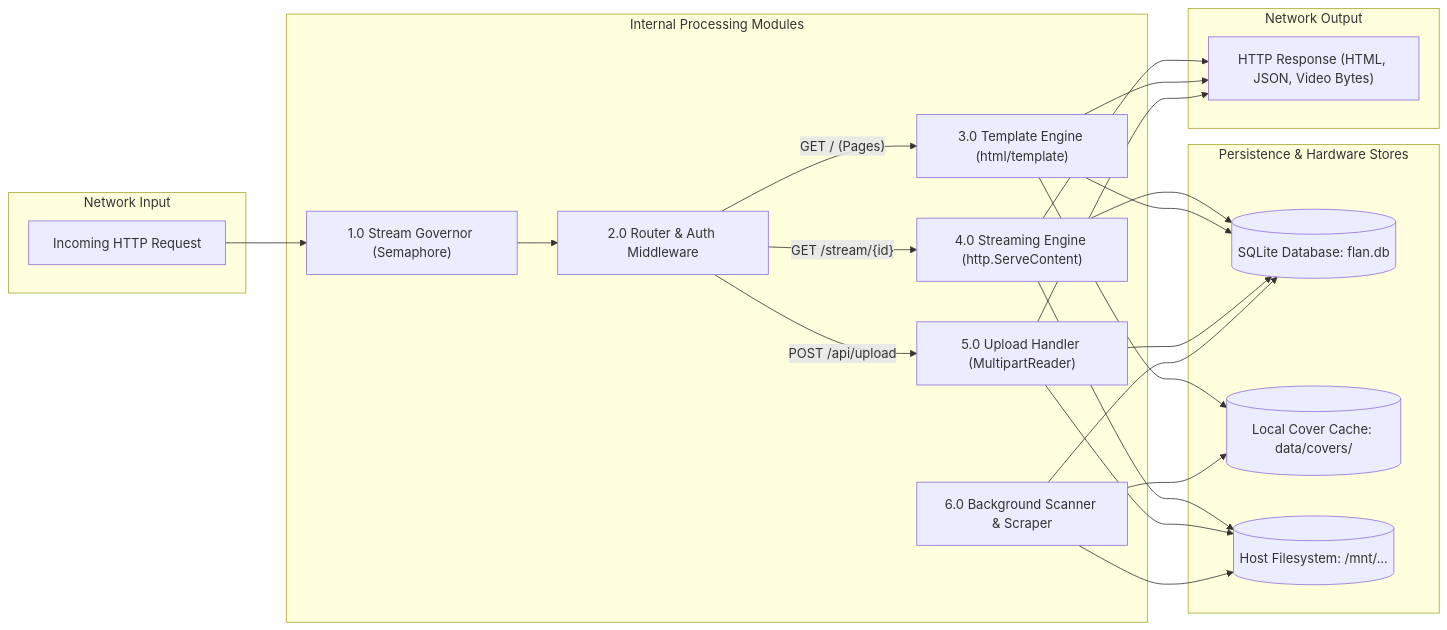
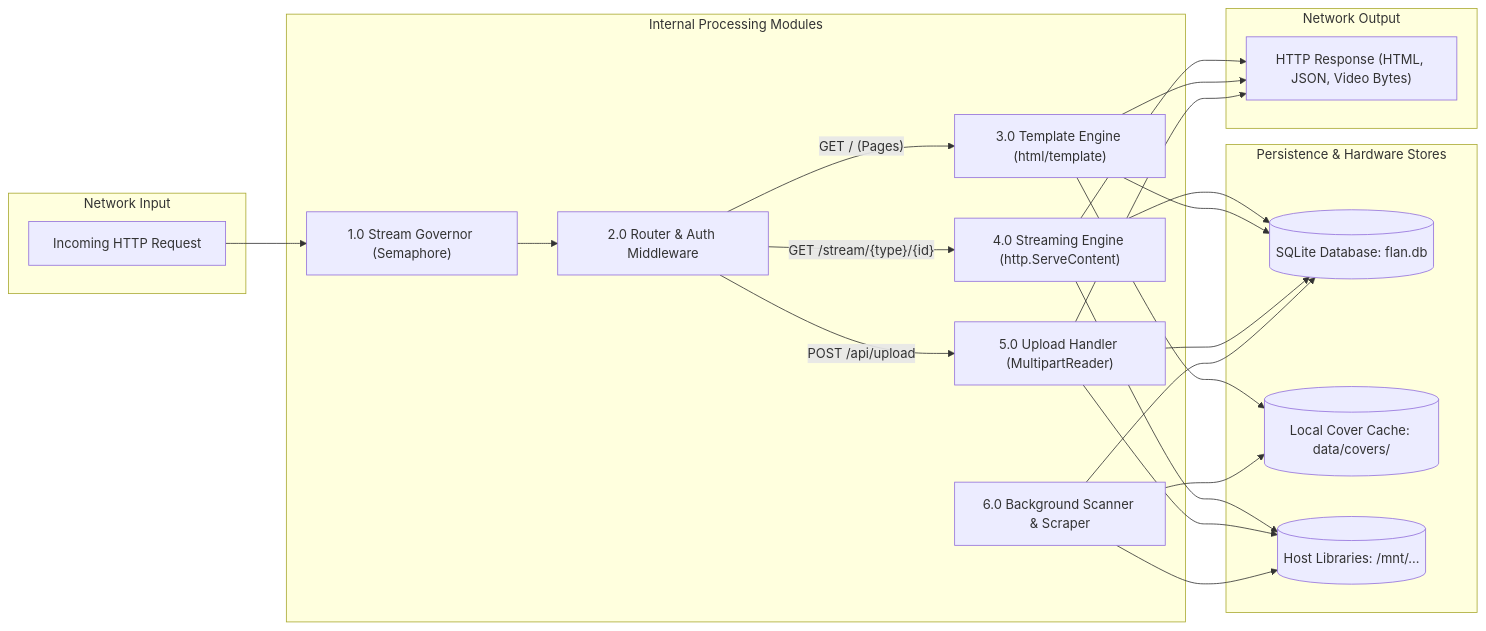
Before and after one commit to WesleyEsq/Flan-Media-Server: the second of 6 diagrams in docs/diagrams/data-flow.md, drawn with Mermaid. The commit also changed other lines of this file and 15 other files, not shown here.

````diff
--- a/docs/diagrams/data-flow.md
+++ b/docs/diagrams/data-flow.md
@@ -67,48 +67,48 @@
 ```mermaid
 flowchart LR
     subgraph Input["Network Input"]
         Request["Incoming HTTP Request"]
     end
 
     subgraph Core["Internal Processing Modules"]
         Governor["1.0 Stream Governor (Semaphore)"]
         Router["2.0 Router & Auth Middleware"]
         PageEngine["3.0 Template Engine (html/template)"]
         StreamEngine["4.0 Streaming Engine (http.ServeContent)"]
         UploadEngine["5.0 Upload Handler (MultipartReader)"]
         Scanner["6.0 Background Scanner & Scraper"]
     end
 
     subgraph Stores["Persistence & Hardware Stores"]
         SQLite[("SQLite Database: flan.db")]
         Covers[("Local Cover Cache: data/covers/")]
-        HostDrives[("Host Filesystem: /mnt/...")]
+        HostDrives[("Host Libraries: /mnt/...")]
     end
 
     subgraph Output["Network Output"]
         Response["HTTP Response (HTML, JSON, Video Bytes)"]
     end
 
     Request --> Governor
     Governor --> Router
 
-    Router -- "GET /stream/{id}" --> StreamEngine
+    Router -- "GET /stream/{type}/{id}" --> StreamEngine
     Router -- "GET / (Pages)" --> PageEngine
     Router -- "POST /api/upload" --> UploadEngine
 
     StreamEngine --> SQLite
     StreamEngine --> HostDrives
     StreamEngine --> Response
 
     PageEngine --> SQLite
     PageEngine --> Covers
     PageEngine --> Response
 
     UploadEngine --> HostDrives
     UploadEngine --> SQLite
     UploadEngine --> Response
 
     Scanner --> HostDrives
     Scanner --> SQLite
     Scanner --> Covers
 ```
````
